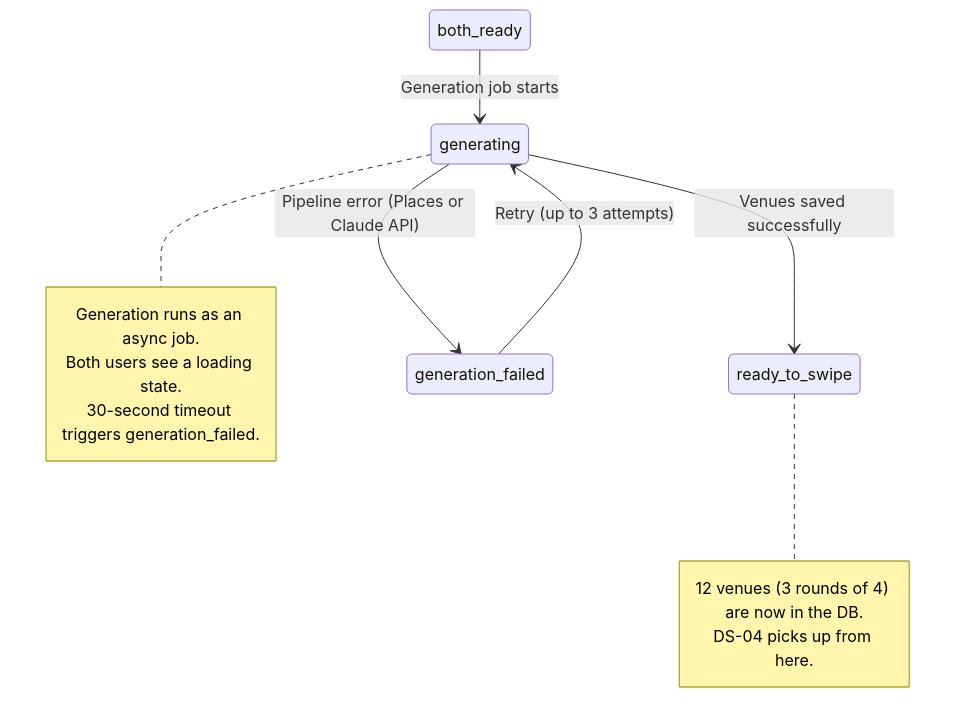
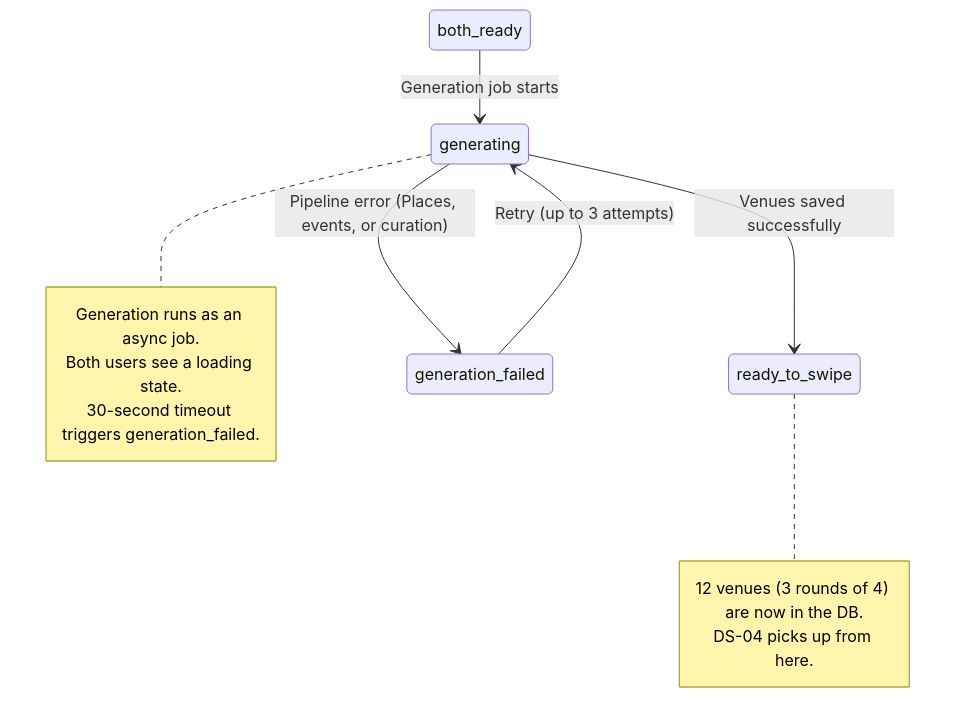
Before and after one commit to Aiden-Barrera/dateflow: the third of 4 diagrams in docs/dev-specs/ds-03-venue-generation.md, drawn with Mermaid. The commit also changed other lines of this file and 46 other files, not shown here.

````diff
--- a/docs/dev-specs/ds-03-venue-generation.md
+++ b/docs/dev-specs/ds-03-venue-generation.md
@@ -202,18 +202,18 @@
 ```mermaid
 stateDiagram-v2
     both_ready --> generating : Generation job starts
     generating --> ready_to_swipe : Venues saved successfully
-    generating --> generation_failed : Pipeline error (Places or Claude API)
+    generating --> generation_failed : Pipeline error (Places, events, or curation)
     generation_failed --> generating : Retry (up to 3 attempts)
 
     note right of generating
         Generation runs as an async job.
         Both users see a loading state.
         30-second timeout triggers generation_failed.
     end note
 
     note right of ready_to_swipe
         12 venues (3 rounds of 4) are now in the DB.
         DS-04 picks up from here.
     end note
 ```
````
